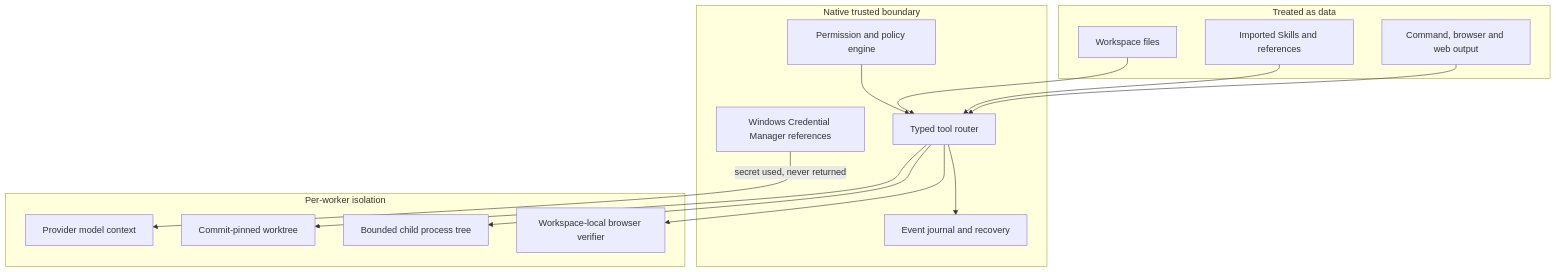
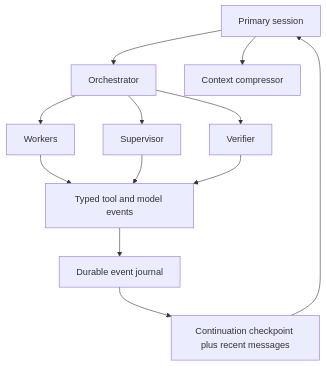
The third of 4 diagrams in README.md (cb8010d6/LunaScope), drawn with Mermaid before and after one commit. The commit also changed other lines of this file and 68 other files, not shown here.

````diff
--- a/README.md
+++ b/README.md
@@ -101,32 +91,14 @@
 ```mermaid
 flowchart TB
-    subgraph Trusted["Native trusted boundary"]
-        POLICY["Permission and policy engine"]
-        KEYRING["Windows Credential Manager references"]
-        JOURNAL["Event journal and recovery"]
-        ROUTER["Typed tool router"]
-    end
-
-    subgraph Isolated["Per-worker isolation"]
-        MODEL["Provider model context"]
-        TREE["Commit-pinned worktree"]
-        PROC["Bounded child process tree"]
-        BROWSER["Workspace-local browser verifier"]
-    end
-
-    subgraph Untrusted["Treated as data"]
-        FILES["Workspace files"]
-        SKILLS["Imported Skills and references"]
-        OUTPUT["Command, browser and web output"]
-    end
-
-    POLICY --> ROUTER
-    KEYRING -->|"secret used, never returned"| MODEL
-    ROUTER --> TREE
-    ROUTER --> PROC
-    ROUTER --> BROWSER
-    FILES --> ROUTER
-    SKILLS --> ROUTER
-    OUTPUT --> ROUTER
-    ROUTER --> JOURNAL
+    P["Primary session"] --> O["Orchestrator"]
+    P --> C["Context compressor"]
+    O --> W["Workers"]
+    O --> S["Supervisor"]
+    O --> V["Verifier"]
+    W --> T["Typed tool and model events"]
+    S --> T
+    V --> T
+    T --> DB["Durable event journal"]
+    DB --> CP["Continuation checkpoint plus recent messages"]
+    CP --> P
 ```
````
